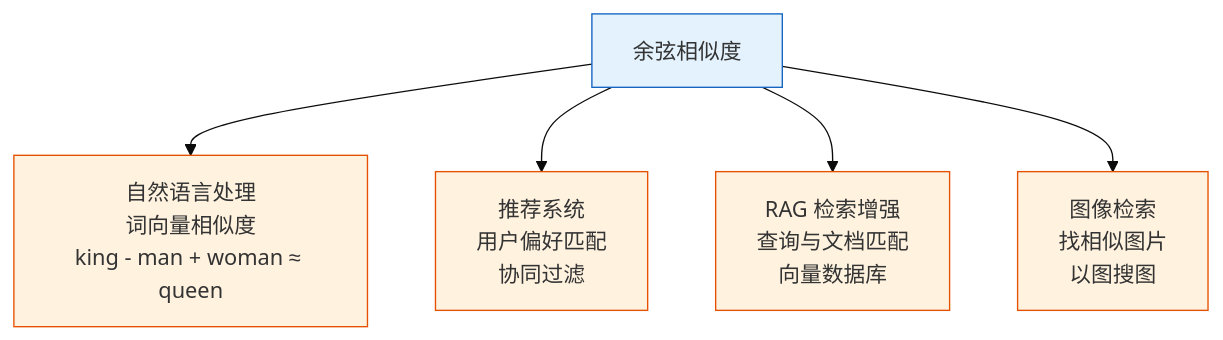
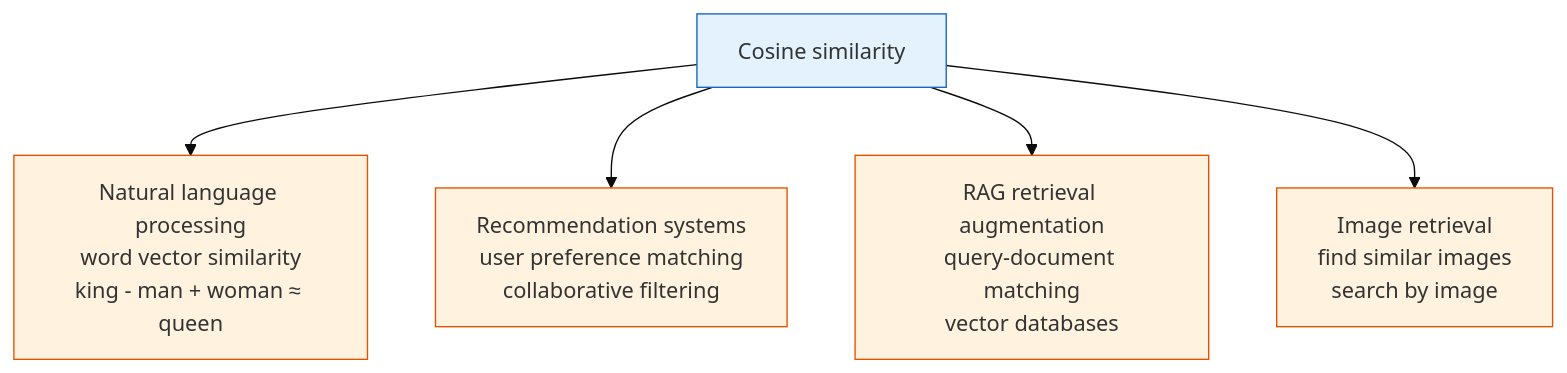
Before and after one commit to oudbiao/AI-fullstack-course: the third of 3 diagrams in docs/ch04-ai-math/ch01-linear-algebra/01-vectors.md, drawn with Mermaid (base theme). The commit also changed other lines of this file and 1406 other files, not shown here.

````diff
--- a/docs/ch04-ai-math/ch01-linear-algebra/01-vectors.md
+++ b/docs/ch04-ai-math/ch01-linear-algebra/01-vectors.md
@@ -490,14 +490,14 @@
 ```mermaid
 flowchart TD
-    CS["余弦相似度"]
-    CS --> NLP["自然语言处理<br/>词向量相似度<br/>king - man + woman ≈ queen"]
-    CS --> RS["推荐系统<br/>用户偏好匹配<br/>协同过滤"]
-    CS --> RAG["RAG 检索增强<br/>查询与文档匹配<br/>向量数据库"]
-    CS --> IR["图像检索<br/>找相似图片<br/>以图搜图"]
+    CS["Cosine similarity"]
+    CS --> NLP["Natural language processing<br/>word vector similarity<br/>king - man + woman ≈ queen"]
+    CS --> RS["Recommendation systems<br/>user preference matching<br/>collaborative filtering"]
+    CS --> RAG["RAG retrieval augmentation<br/>query-document matching<br/>vector databases"]
+    CS --> IR["Image retrieval<br/>find similar images<br/>search by image"]
 
     style CS fill:#e3f2fd,stroke:#1565c0,color:#333
     style NLP fill:#fff3e0,stroke:#e65100,color:#333
     style RS fill:#fff3e0,stroke:#e65100,color:#333
     style RAG fill:#fff3e0,stroke:#e65100,color:#333
     style IR fill:#fff3e0,stroke:#e65100,color:#333
 ```
````
